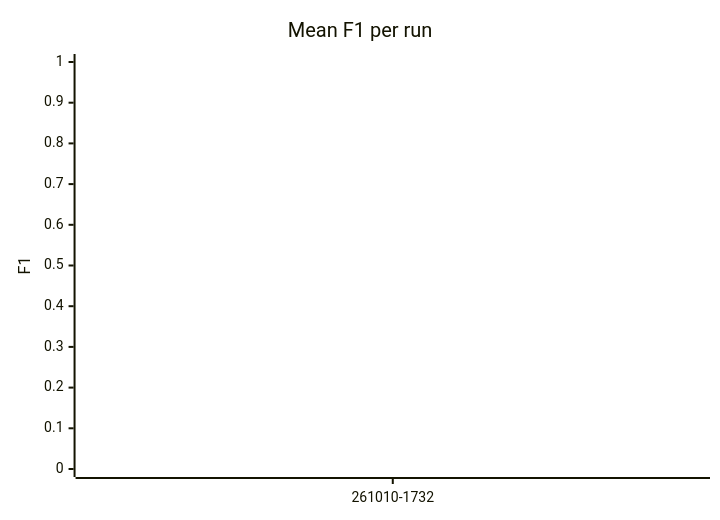
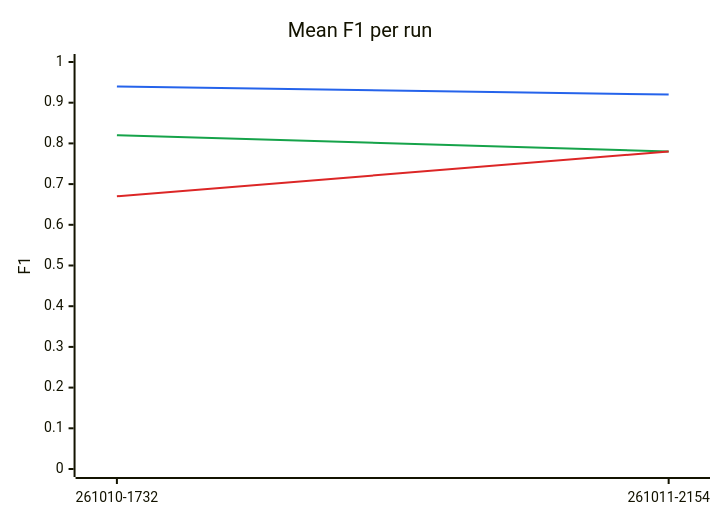
One commit to megagonlabs/blue-data-kb-source changed the first of 2 diagrams in lib/tests/benchmarks/extraction/results/README.md. Above: the diagram before and after it, drawn with Mermaid. The commit also changed other lines of this file and 1 other file, not shown here.

````diff
--- a/lib/tests/benchmarks/extraction/results/README.md
+++ b/lib/tests/benchmarks/extraction/results/README.md
@@ -24,10 +24,10 @@
 ```mermaid
 %%{init: {"themeVariables": {"xyChart": {"plotColorPalette": "#2563eb, #16a34a, #dc2626"}}}}%%
 xychart-beta
     title "Mean F1 per run"
-    x-axis ["261010-1732"]
+    x-axis ["261010-1732", "261011-2154"]
     y-axis "F1" 0 --> 1
-    line [0.94]
-    line [0.82]
-    line [0.67]
+    line [0.94, 0.92]
+    line [0.82, 0.78]
+    line [0.67, 0.78]
 ```
````
